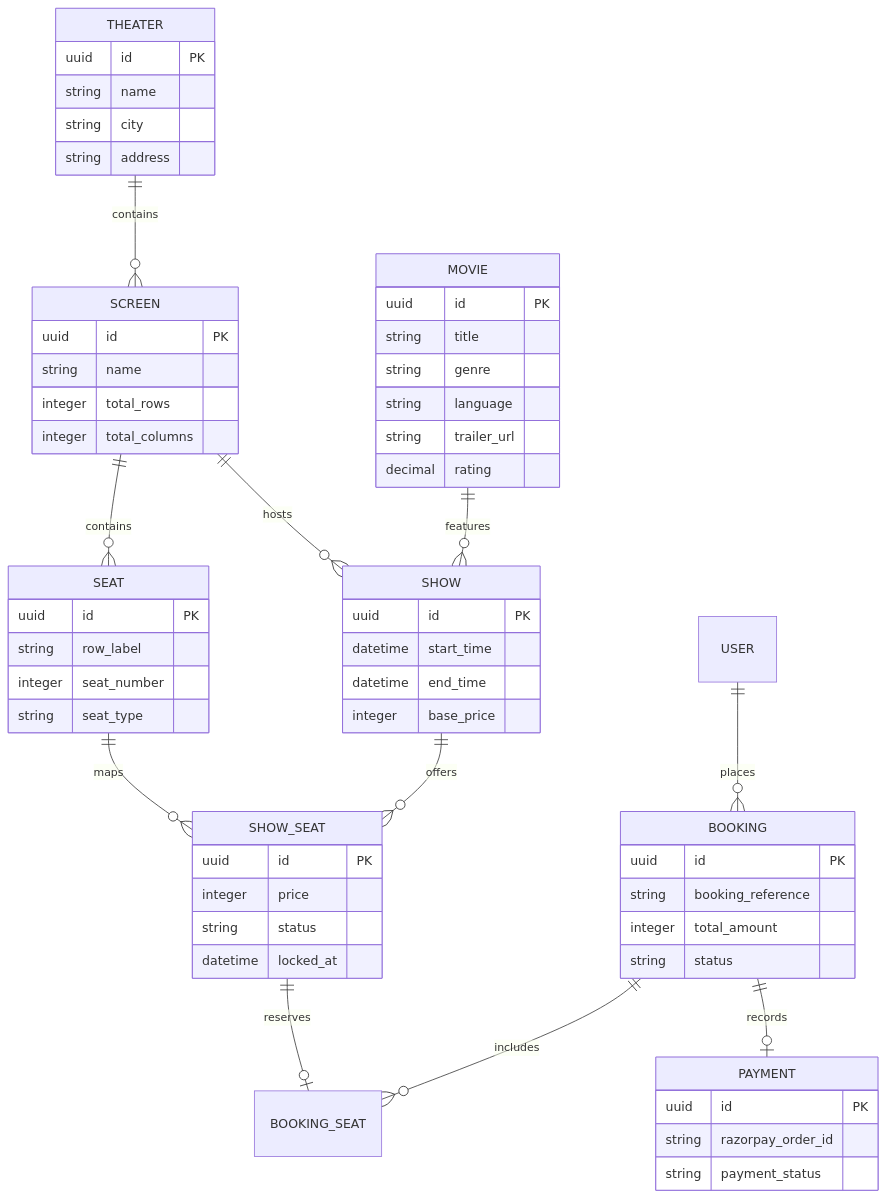
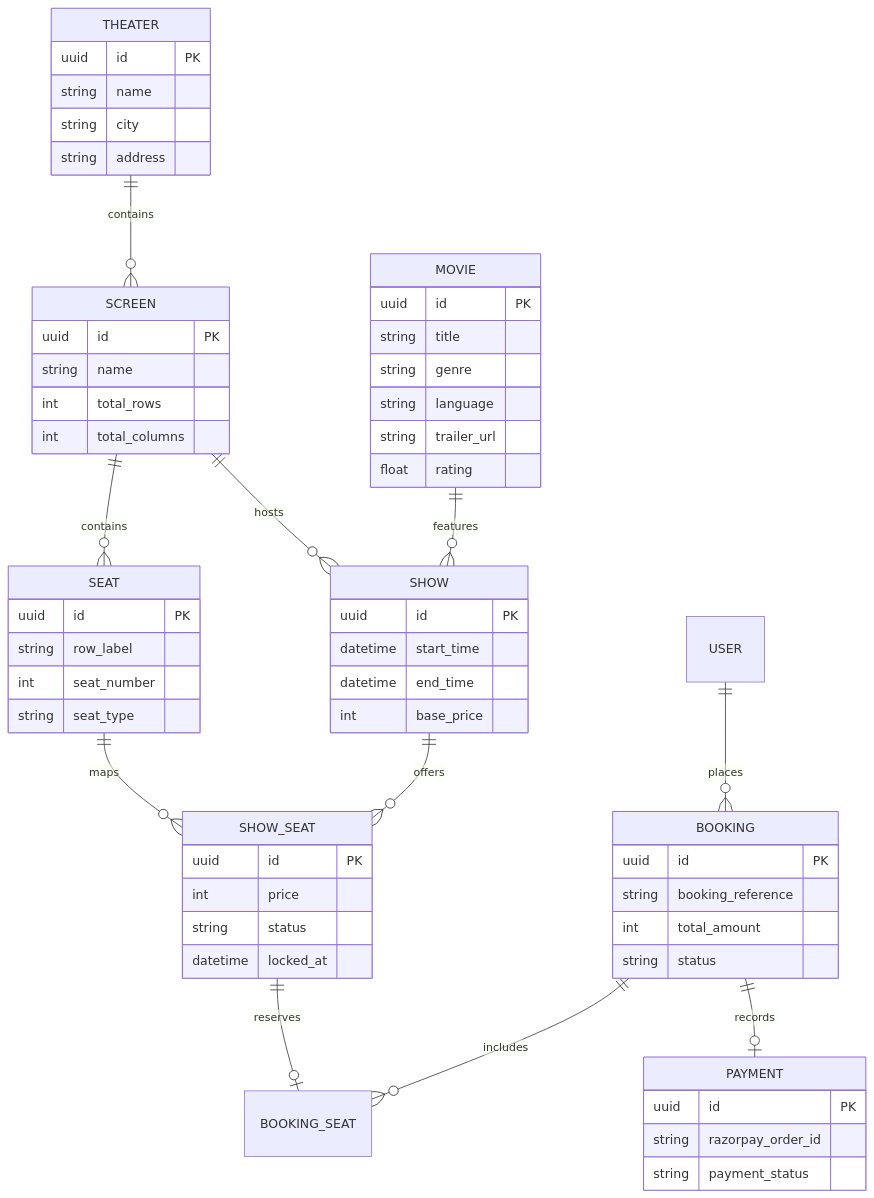
The second of 4 diagrams in README.md (RishiRaj0128/Cinebook-Movie-Booking-Platform_Rishi_Raj), drawn with Mermaid before and after one commit. The commit also changed other lines of this file and 1 other file, not shown here.

Commit message:
fix(docs, security): standardize README mermaid diagrams and TOC anchors, fix OSV-scanner invocation and SARIF emission (#58)

````diff
--- a/README.md
+++ b/README.md
@@ -156,63 +156,63 @@
 ```mermaid
 erDiagram
     THEATER ||--o{ SCREEN : "contains"
     SCREEN ||--o{ SEAT : "contains"
     SCREEN ||--o{ SHOW : "hosts"
     MOVIE ||--o{ SHOW : "features"
     USER ||--o{ BOOKING : "places"
     SHOW ||--o{ SHOW_SEAT : "offers"
     SEAT ||--o{ SHOW_SEAT : "maps"
     SHOW_SEAT ||--o| BOOKING_SEAT : "reserves"
     BOOKING ||--o{ BOOKING_SEAT : "includes"
     BOOKING ||--o| PAYMENT : "records"
 
     THEATER {
         uuid id PK
         string name
         string city
         string address
     }
     SCREEN {
         uuid id PK
         string name
-        integer total_rows
-        integer total_columns
+        int total_rows
+        int total_columns
     }
     MOVIE {
         uuid id PK
         string title
         string genre
         string language
         string trailer_url
-        decimal rating
+        float rating
     }
     SHOW {
         uuid id PK
         datetime start_time
         datetime end_time
-        integer base_price
+        int base_price
     }
     SEAT {
         uuid id PK
         string row_label
-        integer seat_number
+        int seat_number
         string seat_type
     }
     SHOW_SEAT {
         uuid id PK
-        integer price
+        int price
         string status
         datetime locked_at
     }
     BOOKING {
         uuid id PK
         string booking_reference
-        integer total_amount
+        int total_amount
         string status
     }
     PAYMENT {
         uuid id PK
         string razorpay_order_id
         string payment_status
     }
 ```
````
